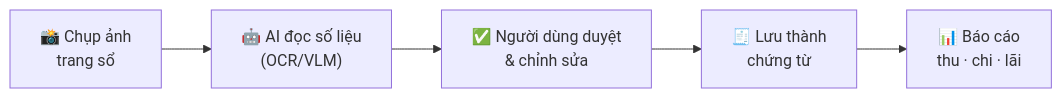
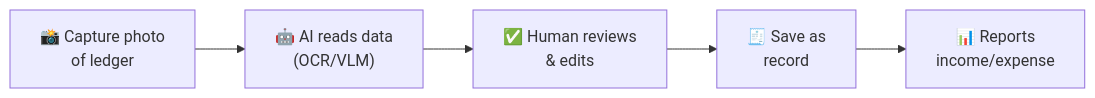
The first of 2 diagrams in README.md (Namdevv/finos_hotel), drawn with Mermaid before and after one commit. The commit also changed other lines of this file and 4 other files, not shown here.

````diff
--- a/README.md
+++ b/README.md
@@ -69,7 +89,7 @@
 ```mermaid
 flowchart LR
-    A["📸 Chụp ảnh<br/>trang sổ"] --> B["🤖 AI đọc số liệu<br/>(OCR/VLM)"]
-    B --> C["✅ Người dùng duyệt<br/>& chỉnh sửa"]
-    C --> D["🧾 Lưu thành<br/>chứng từ"]
-    D --> E["📊 Báo cáo<br/>thu · chi · lãi"]
+    A["📸 Capture photo<br/>of ledger"] --> B["🤖 AI reads data<br/>(OCR/VLM)"]
+    B --> C["✅ Human reviews<br/>& edits"]
+    C --> D["🧾 Save as<br/>record"]
+    D --> E["📊 Reports<br/>income/expense"]
 ```
````
